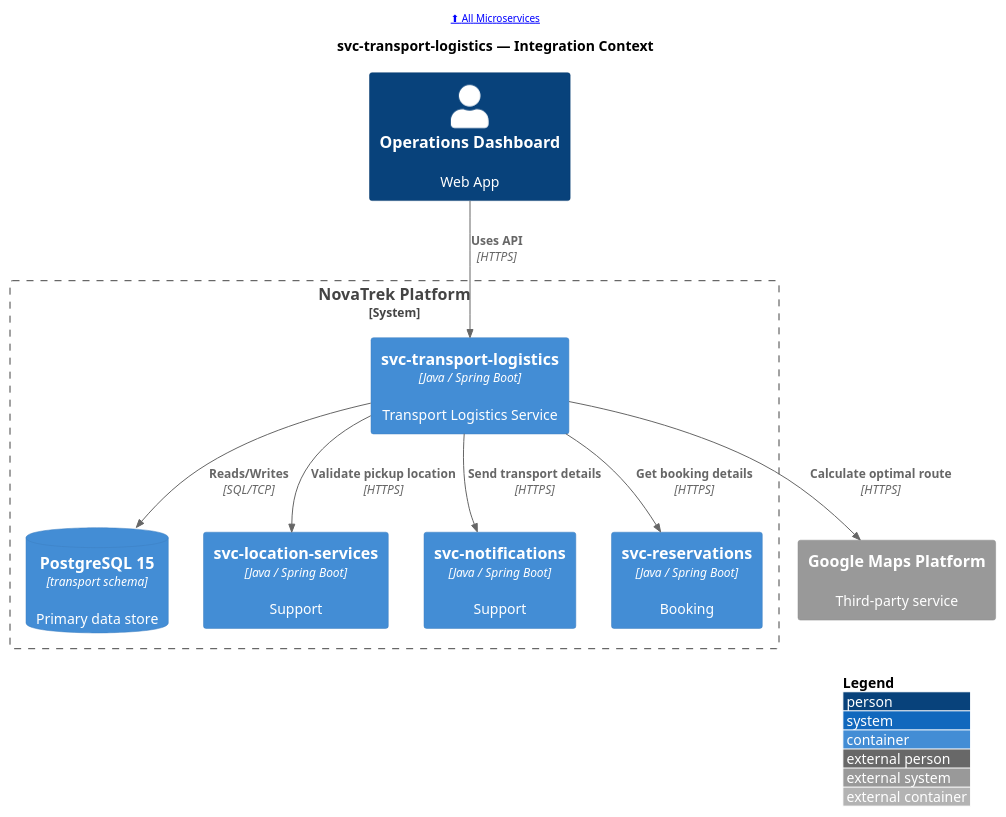
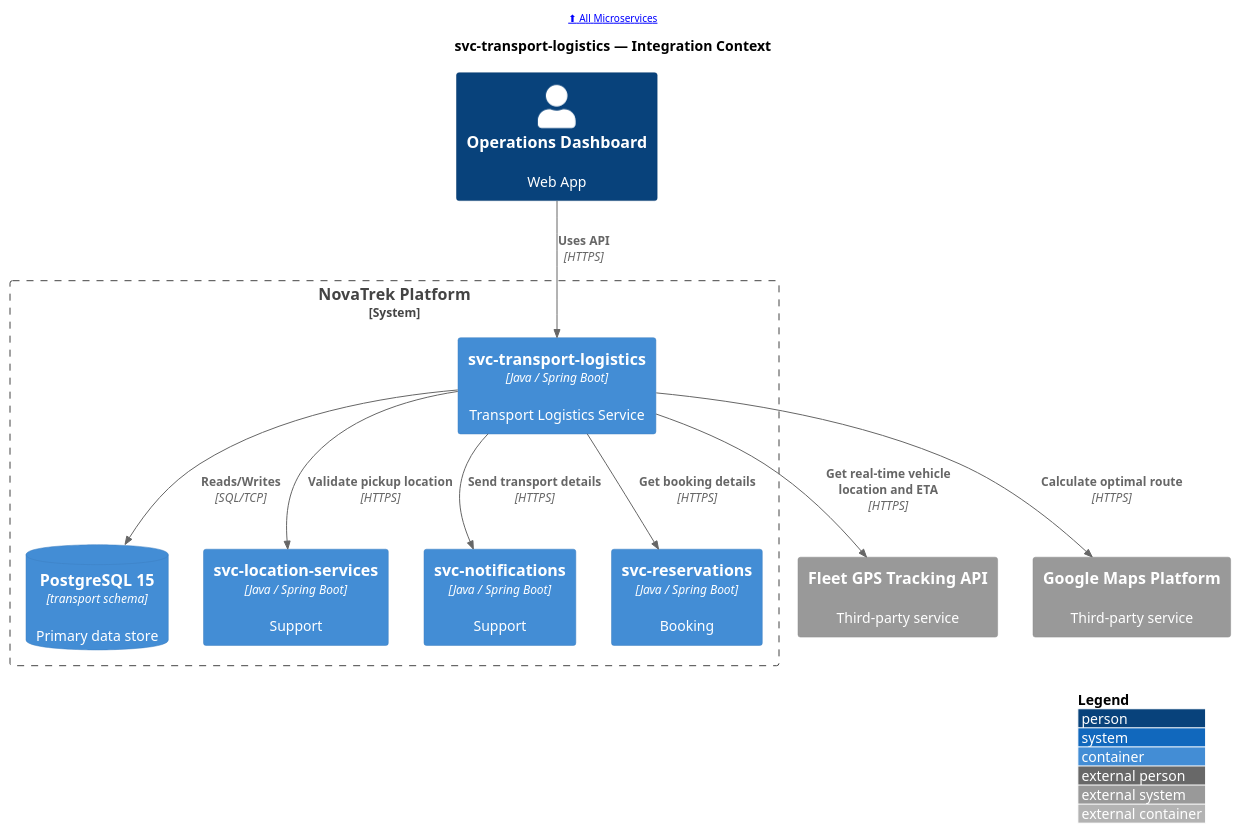
Before and after one commit to christopherblaisdell/continuous-architecture-platform-poc: the diagram in portal/docs/microservices/puml/svc-transport-logistics--c4-context.puml, drawn with PlantUML. The commit also changed 31 other files, not shown here.

First line of the commit message:
feat: add 7 external third-party system integrations to domain map

```diff
--- a/portal/docs/microservices/puml/svc-transport-logistics--c4-context.puml
+++ b/portal/docs/microservices/puml/svc-transport-logistics--c4-context.puml
@@ -1,30 +1,32 @@
 @startuml
 !include <c4/C4_Container>
 
 LAYOUT_WITH_LEGEND()
 LAYOUT_TOP_DOWN()
 
 header [[/microservices/ ⬆ All Microservices]]
 
 title svc-transport-logistics — Integration Context
 
 Person(web_ops_dashboard, "Operations Dashboard", "Web App", $link="/applications/web-ops-dashboard/#service-dependencies")
 
 System_Boundary(boundary, "NovaTrek Platform") {
     Container(svc_transport_logistics, "svc-transport-logistics", "Java / Spring Boot", "Transport Logistics Service", $link="/microservices/svc-transport-logistics/")
     ContainerDb(svc_transport_logistics_db, "PostgreSQL 15", "transport schema", "Primary data store", $link="/microservices/svc-transport-logistics/#data-store")
     Container(svc_location_services, "svc-location-services", "Java / Spring Boot", "Support", $link="/microservices/svc-location-services/#integration-context")
     Container(svc_notifications, "svc-notifications", "Java / Spring Boot", "Support", $link="/microservices/svc-notifications/#integration-context")
     Container(svc_reservations, "svc-reservations", "Java / Spring Boot", "Booking", $link="/microservices/svc-reservations/#integration-context")
 }
 
+System_Ext(Fleet_GPS_Tracking_API, "Fleet GPS Tracking API", "Third-party service", $link="/actors/#fleet-gps-tracking-api")
 System_Ext(Google_Maps_Platform, "Google Maps Platform", "Third-party service", $link="/actors/#google-maps-platform")
 
 Rel(web_ops_dashboard, svc_transport_logistics, "Uses API", "HTTPS")
 Rel(svc_transport_logistics, svc_transport_logistics_db, "Reads/Writes", "SQL/TCP")
 Rel(svc_transport_logistics, svc_location_services, "Validate pickup location", "HTTPS")
 Rel(svc_transport_logistics, svc_notifications, "Send transport details", "HTTPS")
 Rel(svc_transport_logistics, svc_reservations, "Get booking details", "HTTPS")
+Rel(svc_transport_logistics, Fleet_GPS_Tracking_API, "Get real-time vehicle location and ETA", "HTTPS")
 Rel(svc_transport_logistics, Google_Maps_Platform, "Calculate optimal route", "HTTPS")
 
 @enduml
```
